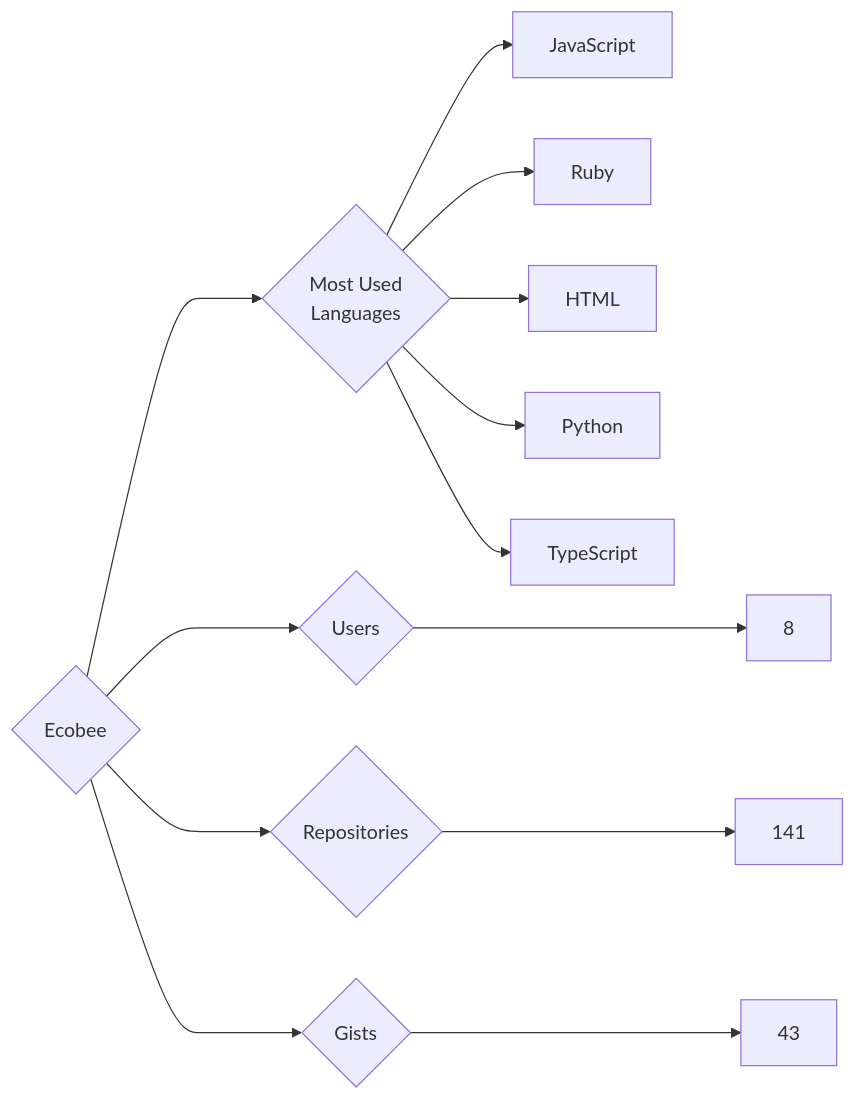
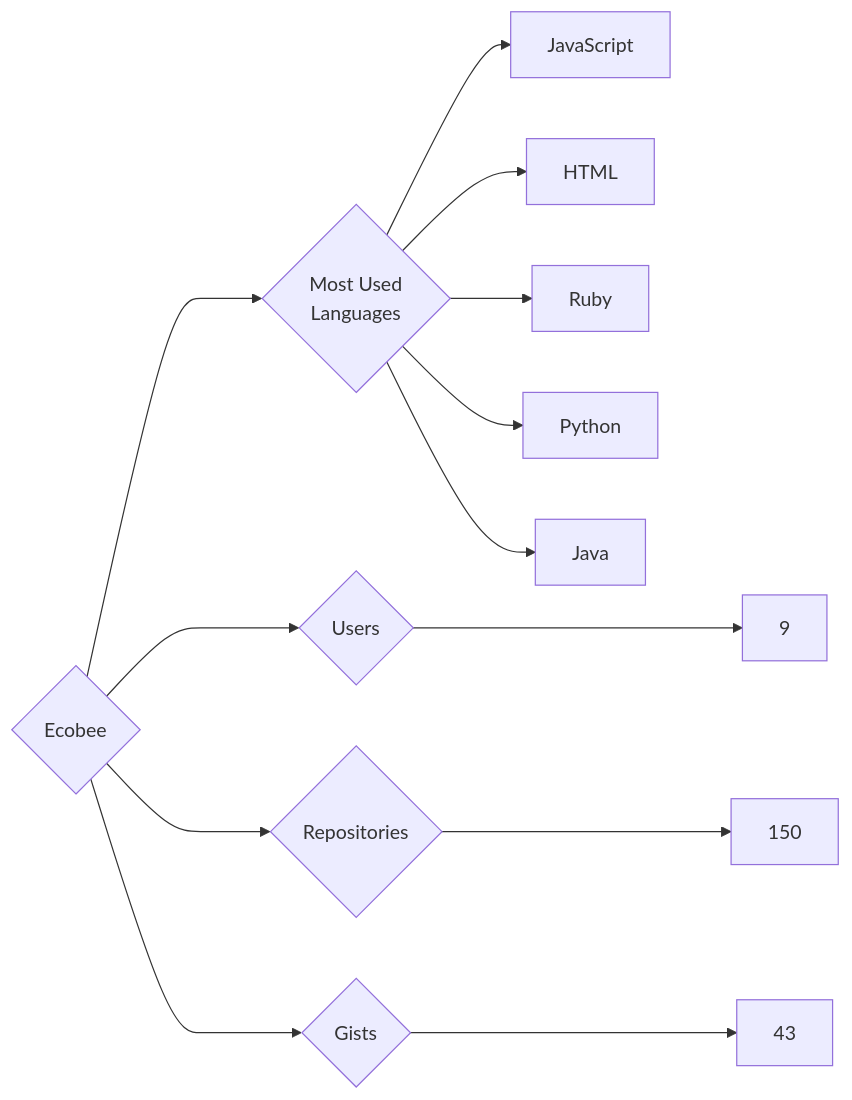
Before and after one commit to trickest/insiders: the diagram in targets/Ecobee/README.md, drawn with Mermaid. The commit also changed 1195 other files, not shown here.

````diff
--- a/targets/Ecobee/README.md
+++ b/targets/Ecobee/README.md
@@ -3,13 +3,13 @@
 ```mermaid
 graph LR
 COMPANY_NAME{Ecobee}
-COMPANY_NAME ---> U{Users} ---> UN[8]
-COMPANY_NAME ---> R{Repositories} ---> RN[141]
+COMPANY_NAME ---> U{Users} ---> UN[9]
+COMPANY_NAME ---> R{Repositories} ---> RN[150]
 COMPANY_NAME ---> G{Gists} ---> GN[43]
 COMPANY_NAME ---> ML{Most Used<br>Languages}
 ML --> JavaScript[JavaScript]
+ML --> HTML[HTML]
 ML --> Ruby[Ruby]
-ML --> HTML[HTML]
 ML --> Python[Python]
-ML --> TypeScript[TypeScript]
+ML --> Java[Java]
 ```
````
